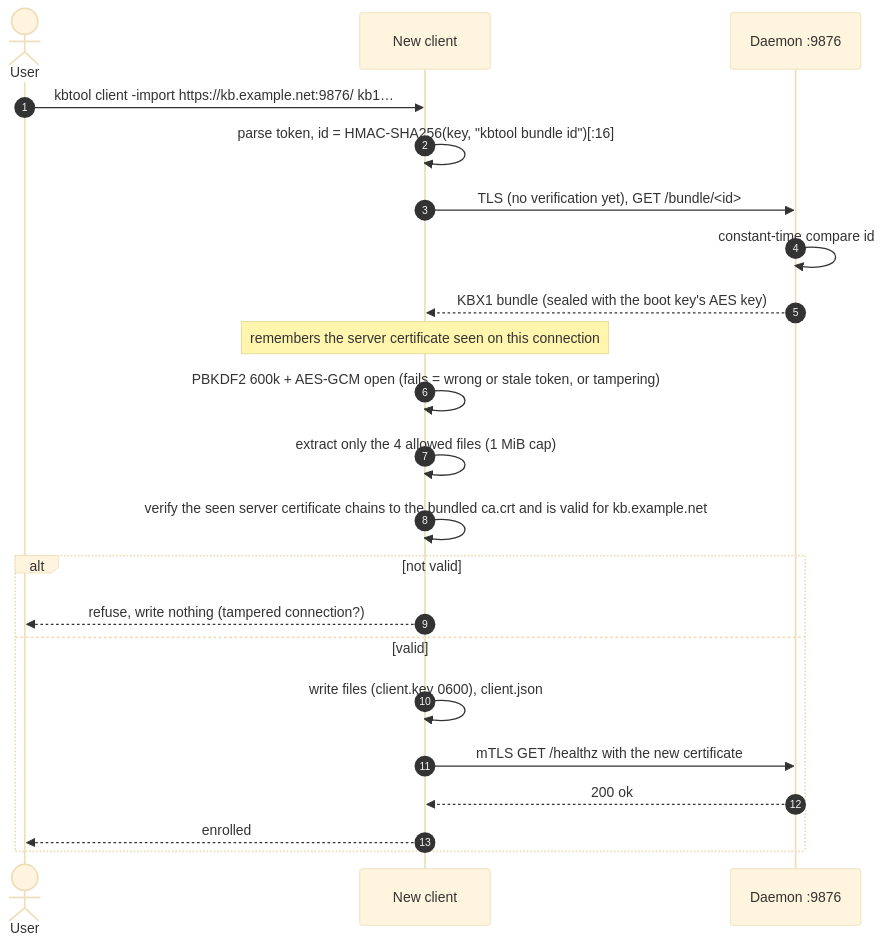
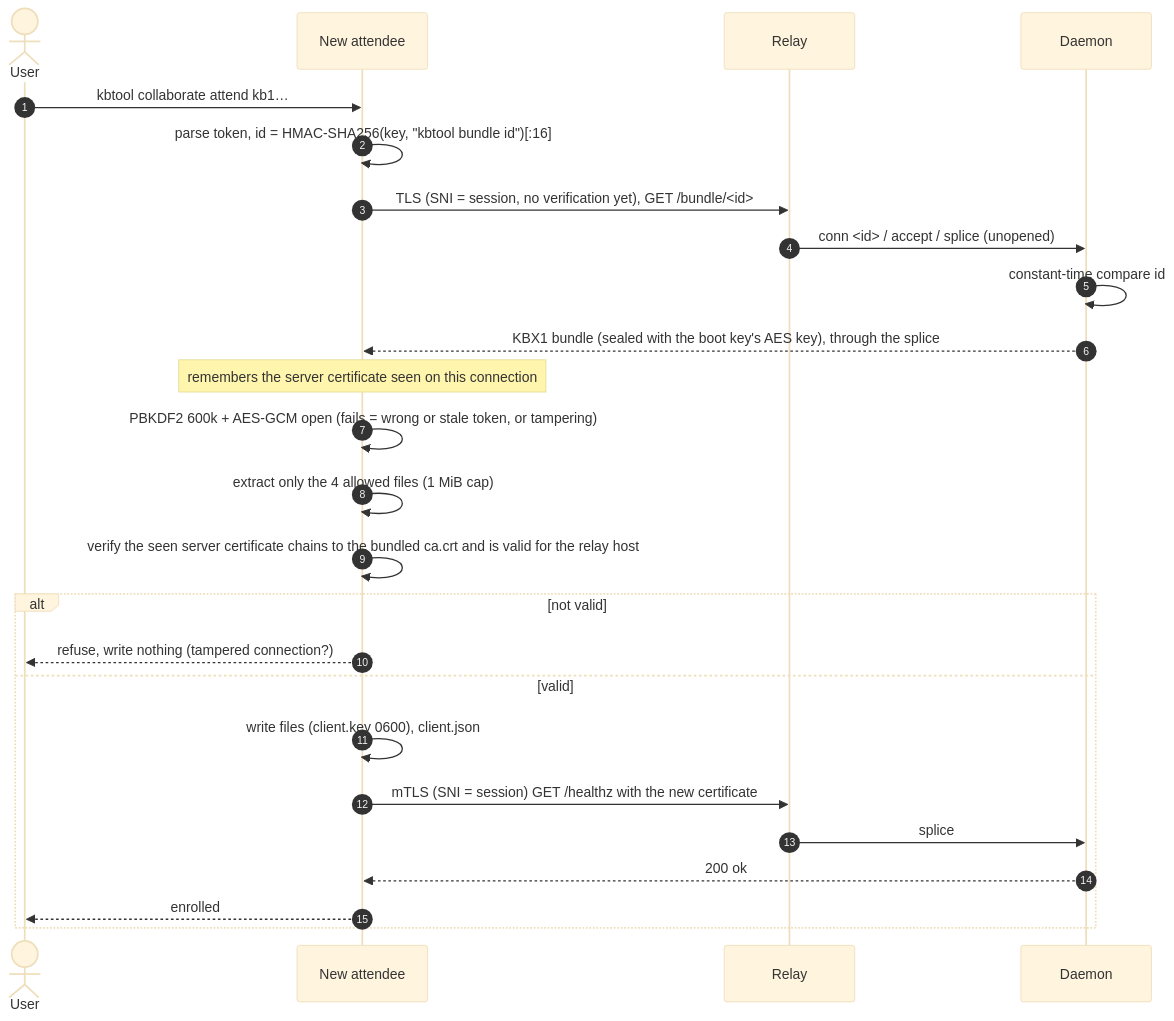
One commit to samrocketman/go-kbtool changed diagram 12 of 24 in docs/cryptography.md. Above: the diagram before and after it, drawn with Mermaid (base theme). The commit also changed other lines of this file and 64 other files, not shown here.

````diff
--- a/docs/cryptography.md
+++ b/docs/cryptography.md
@@ -343,24 +467,27 @@
 ```mermaid
 sequenceDiagram
   autonumber
   actor U as User
-  participant C as New client
-  participant D as Daemon :9876
-  U->>C: kbtool client -import https://kb.example.net:9876/ kb1…
+  participant C as New attendee
+  participant R as Relay
+  participant D as Daemon
+  U->>C: kbtool collaborate attend kb1…
   C->>C: parse token, id = HMAC-SHA256(key, "kbtool bundle id")[:16]
-  C->>D: TLS (no verification yet), GET /bundle/<id>
+  C->>R: TLS (SNI = session, no verification yet), GET /bundle/<id>
+  R->>D: conn <id> / accept / splice (unopened)
   D->>D: constant-time compare id
-  D-->>C: KBX1 bundle (sealed with the boot key's AES key)
+  D-->>C: KBX1 bundle (sealed with the boot key's AES key), through the splice
   Note over C: remembers the server certificate seen on this connection
   C->>C: PBKDF2 600k + AES-GCM open (fails = wrong or stale token, or tampering)
   C->>C: extract only the 4 allowed files (1 MiB cap)
-  C->>C: verify the seen server certificate chains to the bundled ca.crt and is valid for kb.example.net
+  C->>C: verify the seen server certificate chains to the bundled ca.crt and is valid for the relay host
   alt not valid
     C-->>U: refuse, write nothing (tampered connection?)
   else valid
     C->>C: write files (client.key 0600), client.json
-    C->>D: mTLS GET /healthz with the new certificate
+    C->>R: mTLS (SNI = session) GET /healthz with the new certificate
+    R->>D: splice
     D-->>C: 200 ok
     C-->>U: enrolled
   end
 ```
````
